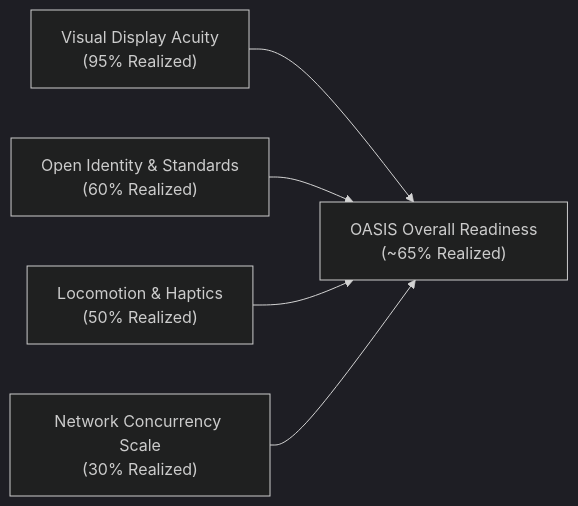
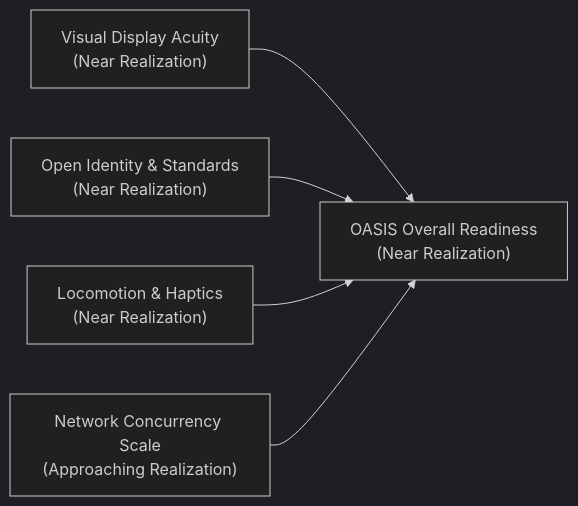
The second of 6 diagrams in src/content/blog/scifi-realities.md (caraya/astro-blog2), drawn with Mermaid (dark theme) before and after one commit. The commit also changed other lines of this file and 7 other files, not shown here.

````diff
--- a/src/content/blog/scifi-realities.md
+++ b/src/content/blog/scifi-realities.md
@@ -65,9 +66,9 @@
 ```mermaid
 flowchart LR
-    Display["Visual Display Acuity<br/>(95% Realized)"] --> OASIS
-    Interop["Open Identity & Standards<br/>(60% Realized)"] --> OASIS
-    Haptics["Locomotion & Haptics<br/>(50% Realized)"] --> OASIS
-    Network["Network Concurrency Scale<br/>(30% Realized)"] --> OASIS
+    Display["Visual Display Acuity<br/>(Near Realization)"] --> OASIS
+    Interop["Open Identity & Standards<br/>(Near Realization)"] --> OASIS
+    Haptics["Locomotion & Haptics<br/>(Near Realization)"] --> OASIS
+    Network["Network Concurrency Scale<br/>(Approaching Realization)"] --> OASIS
 
-    OASIS["OASIS Overall Readiness<br/>(~65% Realized)"]
+    OASIS["OASIS Overall Readiness<br/>(Near Realization)"]
 ```
````
